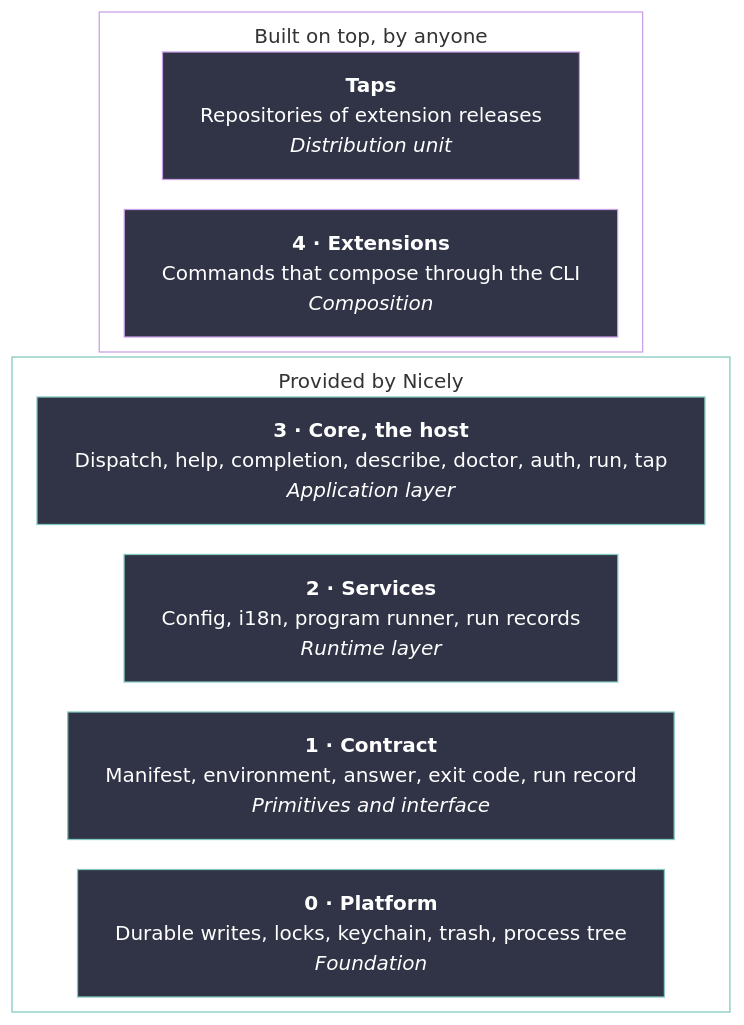
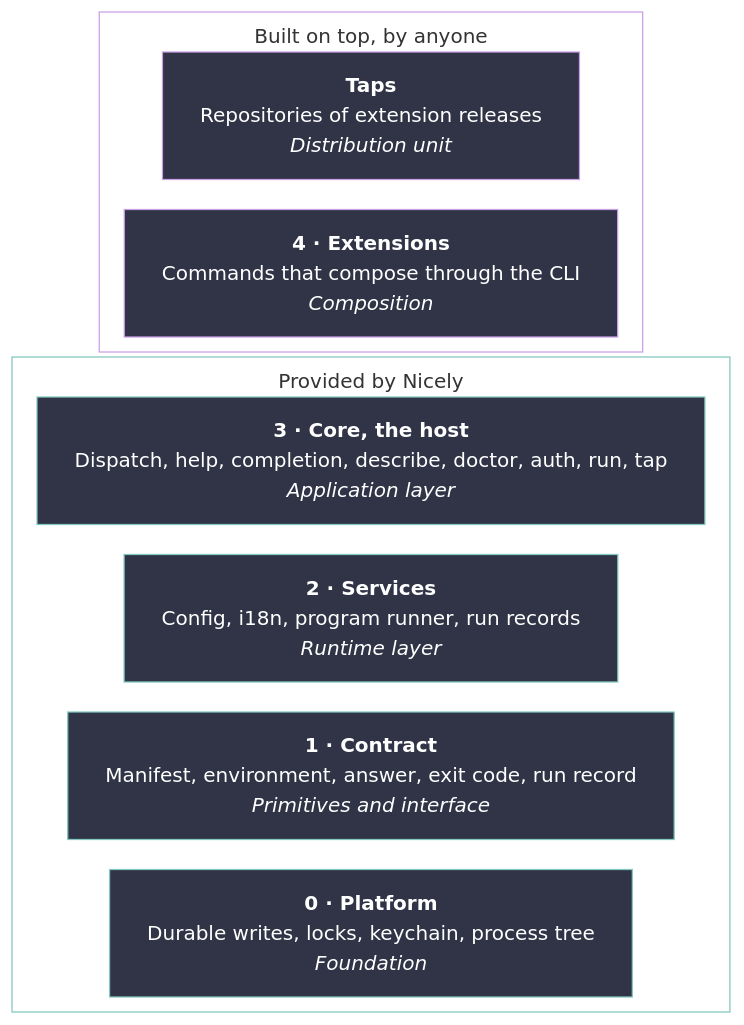
The diagram in docs/north-star/architecture.md (pascalandy/nicely), drawn with Mermaid before and after one commit. The commit also changed other lines of this file and 3 other files, not shown here.

````diff
--- a/docs/north-star/architecture.md
+++ b/docs/north-star/architecture.md
@@ -18,27 +18,27 @@
 ```mermaid
 %%{init: {"flowchart": {"nodeSpacing": 20, "rankSpacing": 24, "wrappingWidth": 600, "subGraphTitleMargin": {"top": 8, "bottom": 12}}}}%%
 flowchart TB
   accTitle: Nicely's layers
   accDescr: Taps and extensions sit on top of Nicely's layered core: the host, services, the contract, and the platform. Each layer depends only on the layers below it.
 
   subgraph top["Built on top, by anyone"]
     taps["<b>Taps</b><br/>Repositories of extension releases<br/><i>Distribution unit</i>"]
     ext["<b>4 · Extensions</b><br/>Commands that compose through the CLI<br/><i>Composition</i>"]
   end
 
   subgraph core["Provided by Nicely"]
     host["<b>3 · Core, the host</b><br/>Dispatch, help, completion, describe, doctor, auth, run, tap<br/><i>Application layer</i>"]
     svc["<b>2 · Services</b><br/>Config, i18n, program runner, run records<br/><i>Runtime layer</i>"]
     contract["<b>1 · Contract</b><br/>Manifest, environment, answer, exit code, run record<br/><i>Primitives and interface</i>"]
-    platform["<b>0 · Platform</b><br/>Durable writes, locks, keychain, trash, process tree<br/><i>Foundation</i>"]
+    platform["<b>0 · Platform</b><br/>Durable writes, locks, keychain, process tree<br/><i>Foundation</i>"]
   end
 
   taps ~~~ ext ~~~ host ~~~ svc ~~~ contract ~~~ platform
 
   classDef anyone fill:#303446,stroke:#ca9ee6,color:#ffffff
   classDef layered fill:#303446,stroke:#81c8be,color:#ffffff
   class taps,ext anyone
   class host,svc,contract,platform layered
   style top fill:transparent,stroke:#ca9ee6
   style core fill:transparent,stroke:#81c8be
 ```
````
